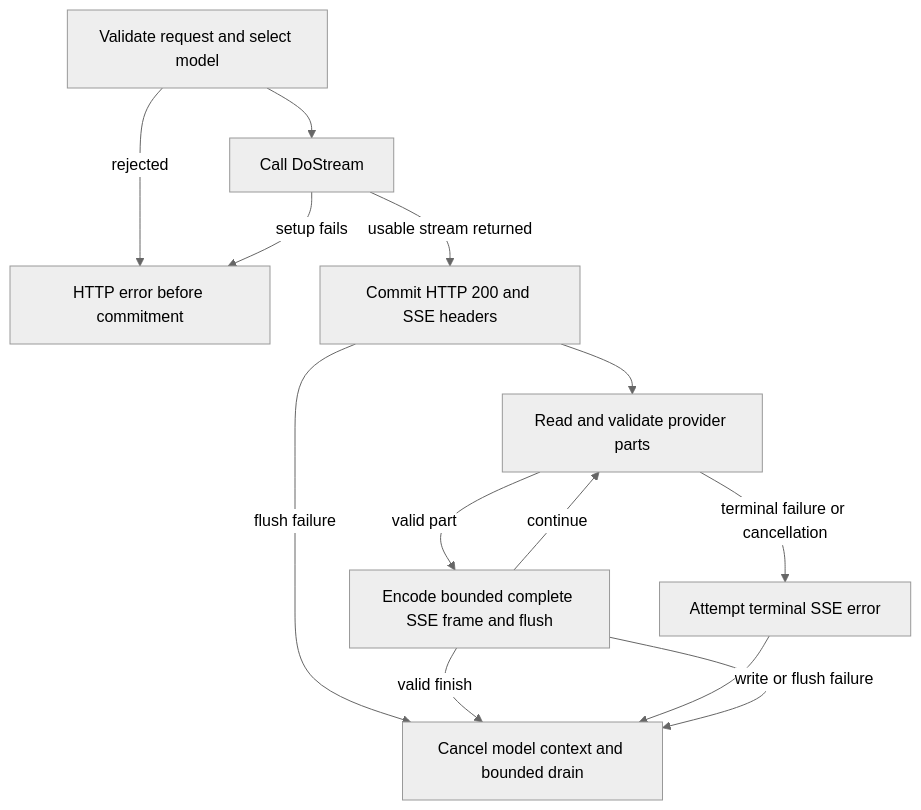
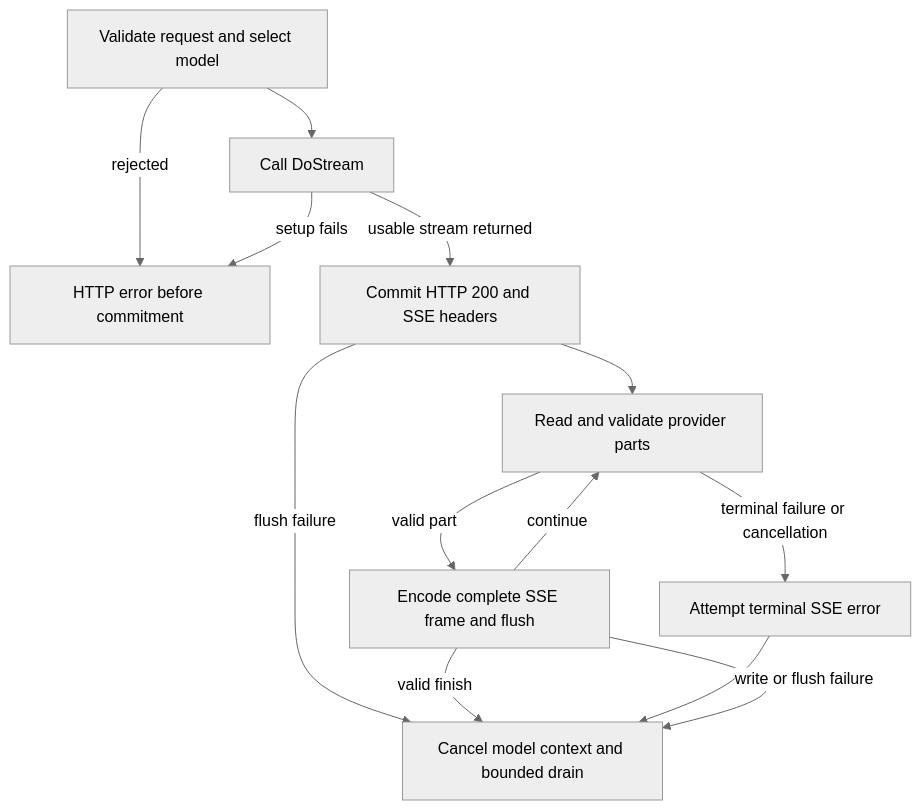
One commit to grafana/ai-sdk changed the third of 3 diagrams in docs/concepts/gateway-architecture.md. Above: the diagram before and after it, drawn with Mermaid (neutral theme). The commit also changed other lines of this file and 37 other files, not shown here.

````diff
--- a/docs/concepts/gateway-architecture.md
+++ b/docs/concepts/gateway-architecture.md
@@ -170,15 +169,15 @@
 ```mermaid
 flowchart TD
   request[Validate request and select model] --> setup[Call DoStream]
   request -->|rejected| httpError[HTTP error before commitment]
   setup -->|setup fails| httpError
   setup -->|usable stream returned| commit[Commit HTTP 200 and SSE headers]
   commit --> read[Read and validate provider parts]
   commit -->|flush failure| cleanup
-  read -->|valid part| frame[Encode bounded complete SSE frame and flush]
+  read -->|valid part| frame[Encode complete SSE frame and flush]
   frame -->|continue| read
   frame -->|valid finish| cleanup[Cancel model context and bounded drain]
   read -->|terminal failure or cancellation| terminal[Attempt terminal SSE error]
   terminal --> cleanup
   frame -->|write or flush failure| cleanup
 ```
````
